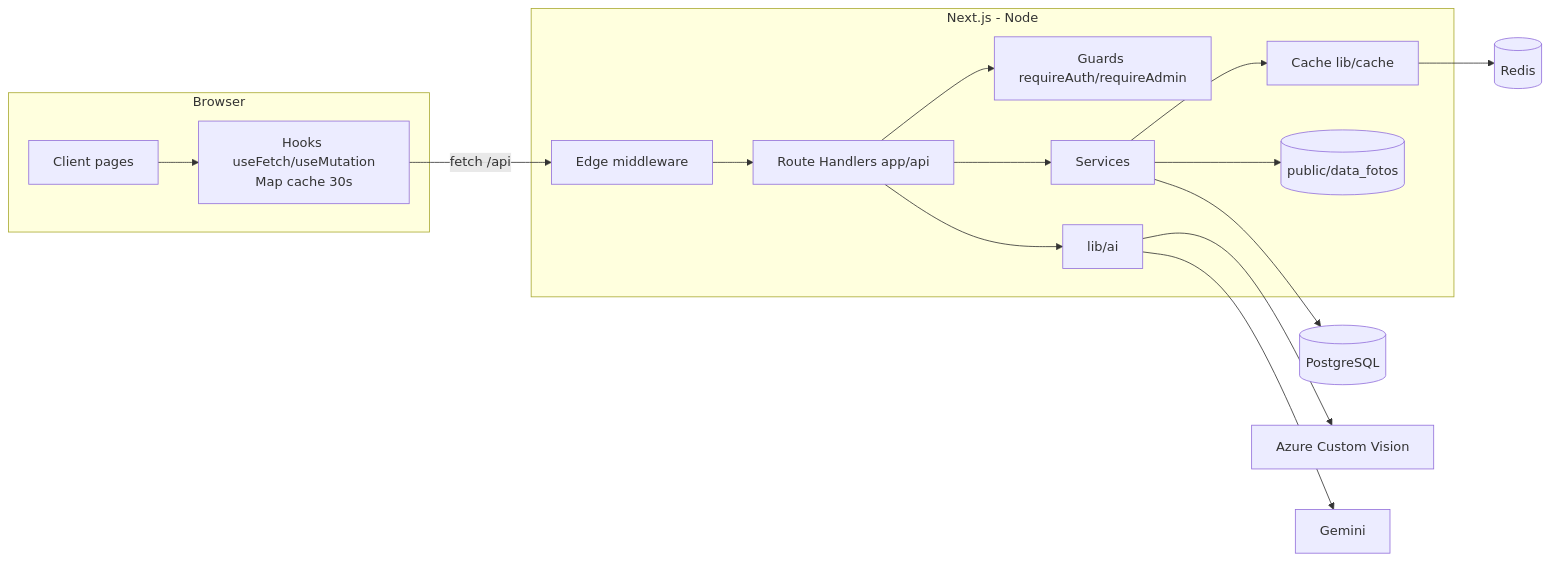
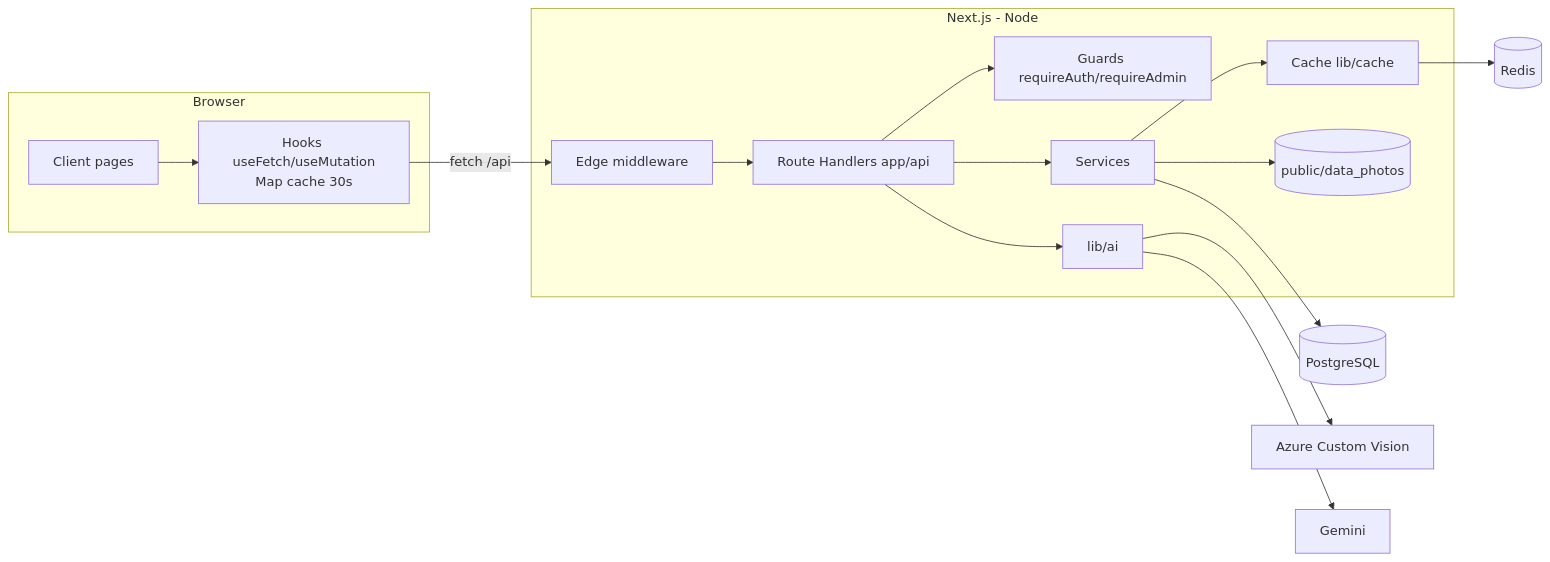
The diagram in docs/architecture/overview.md (maria-brito15/ecoshop-nextjs), drawn with Mermaid before and after one commit. The commit also changed other lines of this file and 38 other files, not shown here.

````diff
--- a/docs/architecture/overview.md
+++ b/docs/architecture/overview.md
@@ -5,19 +5,19 @@
 ```mermaid
 flowchart LR
   subgraph Browser
     P[Client pages] --> H[Hooks useFetch/useMutation<br/>Map cache 30s]
   end
   subgraph Next[Next.js - Node]
     MW[Edge middleware] --> RH[Route Handlers app/api]
     RH --> AZ[Guards requireAuth/requireAdmin]
     RH --> SV[Services]
     SV --> CA[Cache lib/cache]
     RH --> AI[lib/ai]
-    SV --> FS[(public/data_fotos)]
+    SV --> FS[(public/data_photos)]
   end
   H -->|fetch /api| MW
   SV --> DB[(PostgreSQL)]
   CA --> RD[(Redis)]
   AI --> AZV[Azure Custom Vision]
   AI --> GEM[Gemini]
 ```
````
